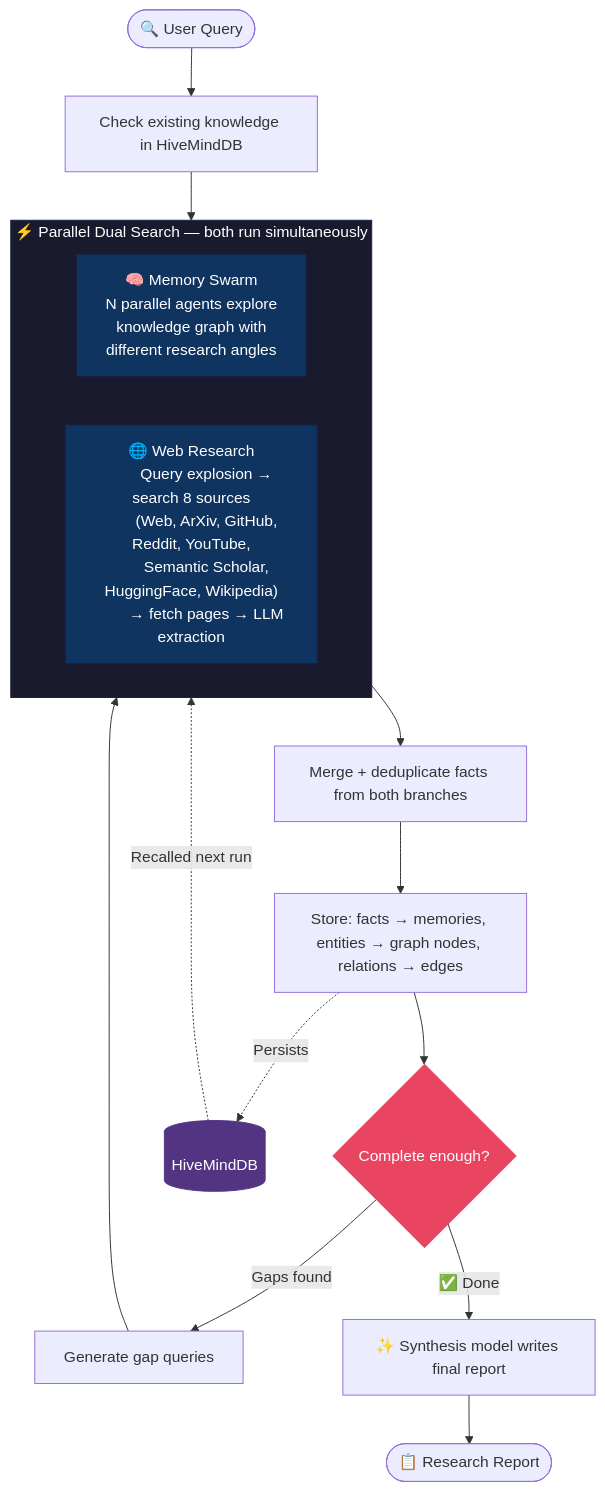
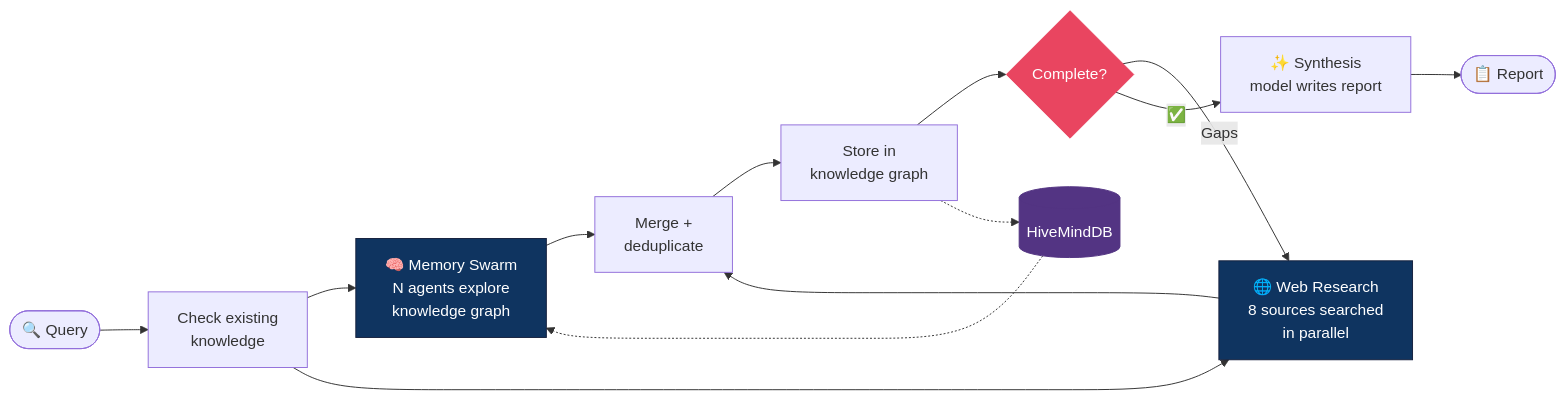
The diagram in README.md (NodeNestor/DeepResearch), drawn with Mermaid before and after one commit.

Commit message:
Fix flow diagram: both branches clearly fork from same point
Left-to-right layout, Memory Swarm and Web Research both fork
directly from the knowledge check, merge back together. Gap loop
points back to Web without pulling it out of position.

````diff
--- a/README.md
+++ b/README.md
@@ -40,38 +40,33 @@
 ```mermaid
-graph TB
-    User(["🔍 User Query"]) --> PK["Check existing knowledge in HiveMindDB"]
+graph LR
+    User(["🔍 Query"]) --> PK["Check existing
+    knowledge"]
 
-    PK --> Dual
+    PK --> Swarm["🧠 Memory Swarm
+    N agents explore
+    knowledge graph"]
+    PK --> Web["🌐 Web Research
+    8 sources searched
+    in parallel"]
 
-    subgraph Dual ["⚡ Parallel Dual Search — both run simultaneously"]
-        direction LR
-        Swarm["🧠 Memory Swarm
-        N parallel agents explore
-        knowledge graph with
-        different research angles"]
+    Swarm --> Merge["Merge +
+    deduplicate"]
+    Web --> Merge
 
-        Web["🌐 Web Research
-        Query explosion → search 8 sources
-        (Web, ArXiv, GitHub, Reddit, YouTube,
-        Semantic Scholar, HuggingFace, Wikipedia)
-        → fetch pages → LLM extraction"]
-    end
+    Merge --> Store["Store in
+    knowledge graph"]
 
-    Dual --> Merge["Merge + deduplicate facts from both branches"]
-    Merge --> Store["Store: facts → memories, entities → graph nodes, relations → edges"]
+    Store --> Complete{"Complete?"}
+    Complete -->|"Gaps"| Web
+    Complete -->|"✅"| Synth["✨ Synthesis
+    model writes report"]
+    Synth --> Report(["📋 Report"])
 
-    Store --> Complete{"Complete enough?"}
+    Store -.-> HiveMind[("HiveMindDB")]
+    HiveMind -.-> Swarm
 
-    Complete -->|"Gaps found"| Gap["Generate gap queries"] --> Web
-    Complete -->|"✅ Done"| Synth["✨ Synthesis model writes final report"]
-    Synth --> Report(["📋 Research Report"])
-
-    Store -.->|"Persists"| HiveMind[("HiveMindDB")]
-    HiveMind -.->|"Recalled next run"| Swarm
-
-    style Dual fill:#1a1a2e,stroke:#16213e,color:#fff
     style Swarm fill:#0f3460,stroke:#16213e,color:#fff
     style Web fill:#0f3460,stroke:#16213e,color:#fff
     style Complete fill:#e94560,stroke:#e94560,color:#fff
     style HiveMind fill:#533483,stroke:#533483,color:#fff
 ```
````
